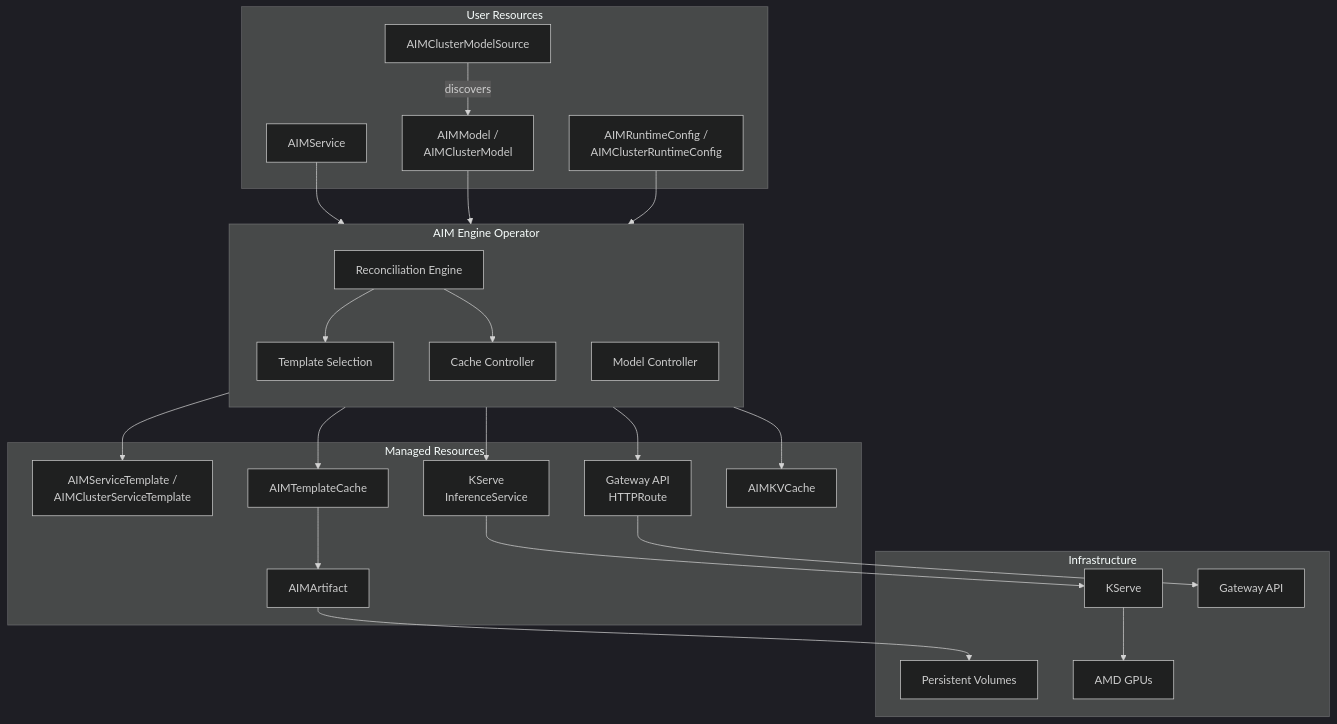
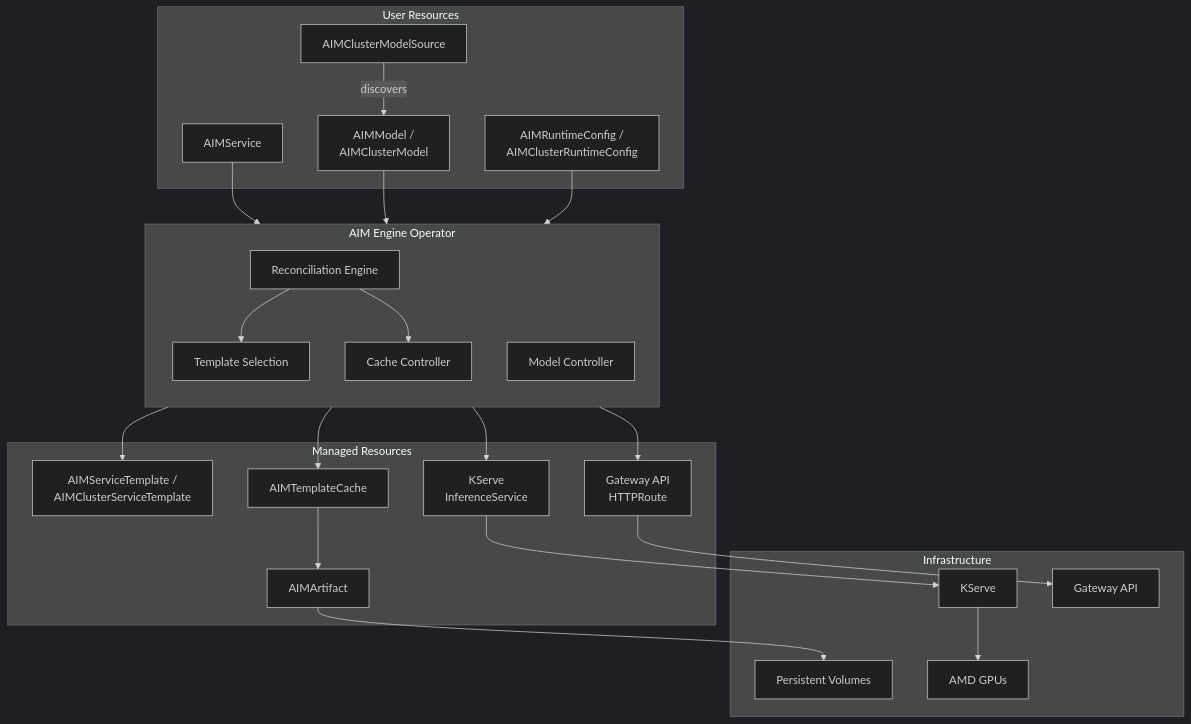
One commit to amd-enterprise-ai/aim-engine changed the first of 3 diagrams in docs/docs/getting-started/architecture.md. Above: the diagram before and after it, drawn with Mermaid (dark theme). The commit also changed other lines of this file and 55 other files, not shown here.

````diff
--- a/docs/docs/getting-started/architecture.md
+++ b/docs/docs/getting-started/architecture.md
@@ -7,53 +7,51 @@
 ```mermaid
 graph TB
     subgraph User["User Resources"]
         AIMService["AIMService"]
         AIMModel["AIMModel /<br/>AIMClusterModel"]
         ModelSource["AIMClusterModelSource"]
         RuntimeConfig["AIMRuntimeConfig /<br/>AIMClusterRuntimeConfig"]
     end
 
     subgraph Operator["AIM Engine Operator"]
         direction TB
         Reconciler["Reconciliation Engine"]
         Selection["Template Selection"]
         CacheCtrl["Cache Controller"]
         ModelCtrl["Model Controller"]
     end
 
     subgraph Managed["Managed Resources"]
         Template["AIMServiceTemplate /<br/>AIMClusterServiceTemplate"]
         TemplateCache["AIMTemplateCache"]
         Artifact["AIMArtifact"]
         ISVC["KServe<br/>InferenceService"]
         HTTPRoute["Gateway API<br/>HTTPRoute"]
-        KVCache["AIMKVCache"]
     end
 
     subgraph Infra["Infrastructure"]
         KServe["KServe"]
         GatewayAPI["Gateway API"]
         PVC["Persistent Volumes"]
         GPU["AMD GPUs"]
     end
 
     AIMService --> Reconciler
     AIMModel --> ModelCtrl
     ModelSource -->|discovers| AIMModel
     RuntimeConfig --> Reconciler
 
     Reconciler --> Selection
     Selection --> Template
     Reconciler --> CacheCtrl
     CacheCtrl --> TemplateCache
     TemplateCache --> Artifact
     Artifact --> PVC
 
     Reconciler --> ISVC
     Reconciler --> HTTPRoute
-    Reconciler --> KVCache
 
     ISVC --> KServe
     HTTPRoute --> GatewayAPI
     KServe --> GPU
 ```
````
